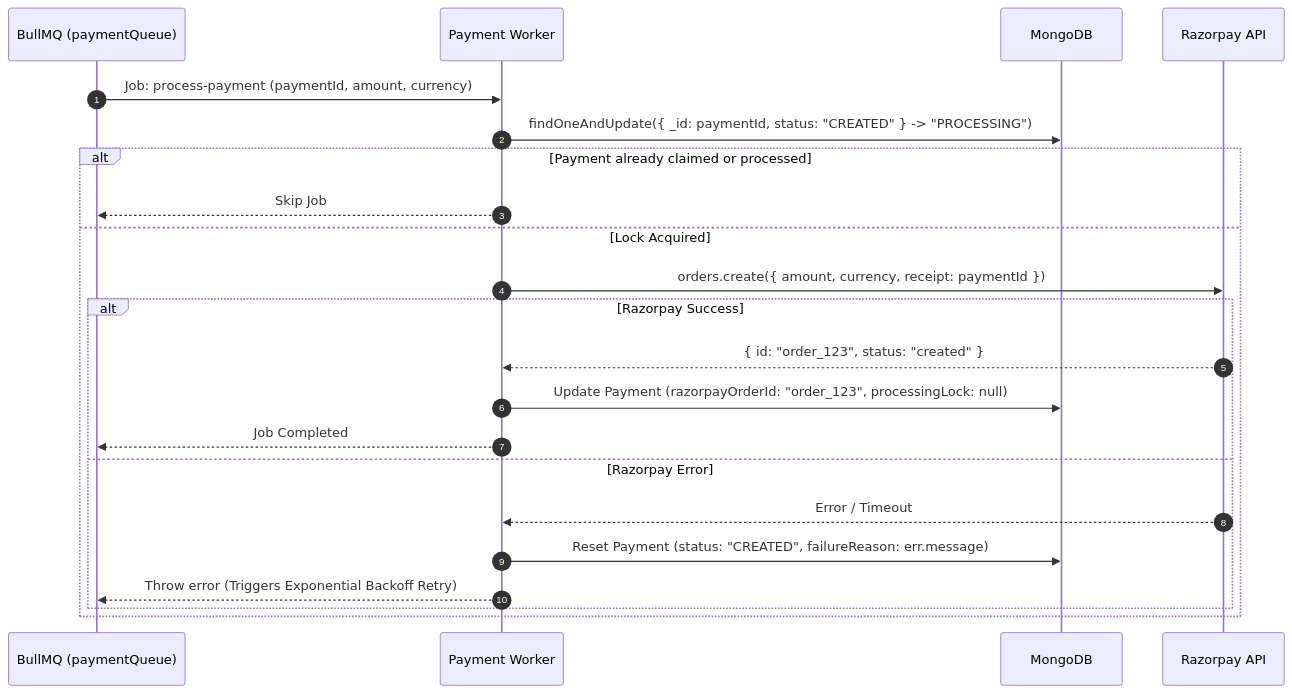
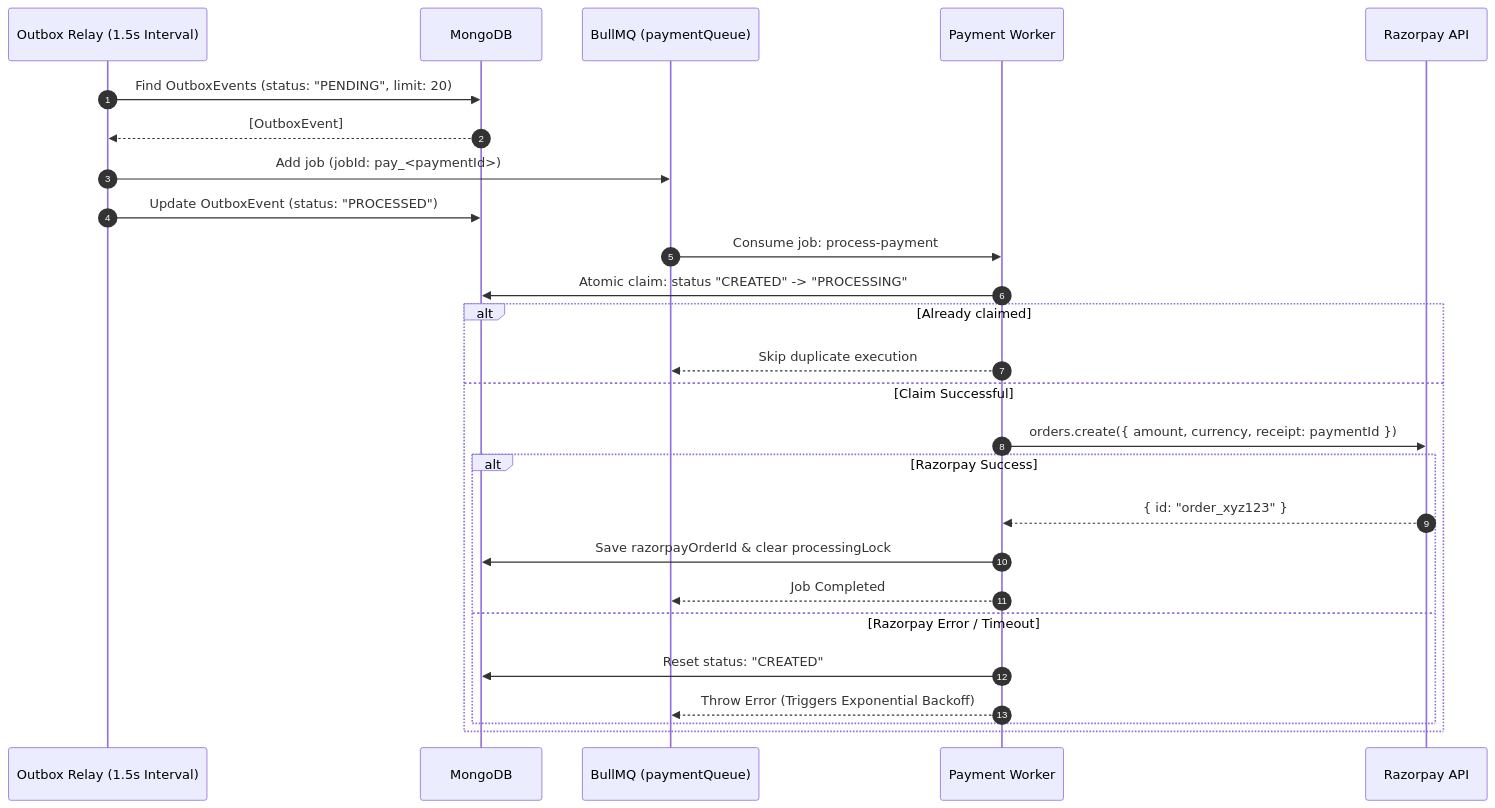
The third of 10 diagrams in ARCHITECTURE.md (buildwithrishabh/Event-Driven-Payment-Gateway), drawn with Mermaid before and after one commit. The commit also changed other lines of this file and 3 other files, not shown here.

Commit message:
docs & devops: recreate architecture and readme docs, add docker setup

````diff
--- a/ARCHITECTURE.md
+++ b/ARCHITECTURE.md
@@ -442,25 +420,30 @@
 ```mermaid
 sequenceDiagram
     autonumber
-    participant Queue as BullMQ (paymentQueue)
+    participant Relay as Outbox Relay (1.5s Interval)
+    participant Mongo as MongoDB
+    participant BullMQ as BullMQ (paymentQueue)
     participant Worker as Payment Worker
-    participant Mongo as MongoDB
     participant Razorpay as Razorpay API
 
-    Queue->>Worker: Job: process-payment (paymentId, amount, currency)
-    Worker->>Mongo: findOneAndUpdate({ _id: paymentId, status: "CREATED" } -> "PROCESSING")
-    alt Payment already claimed or processed
-        Worker-->>Queue: Skip Job
-    else Lock Acquired
+    Relay->>Mongo: Find OutboxEvents (status: "PENDING", limit: 20)
+    Mongo-->>Relay: [OutboxEvent]
+    Relay->>BullMQ: Add job (jobId: pay_<paymentId>)
+    Relay->>Mongo: Update OutboxEvent (status: "PROCESSED")
+
+    BullMQ->>Worker: Consume job: process-payment
+    Worker->>Mongo: Atomic claim: status "CREATED" -> "PROCESSING"
+    alt Already claimed
+        Worker-->>BullMQ: Skip duplicate execution
+    else Claim Successful
         Worker->>Razorpay: orders.create({ amount, currency, receipt: paymentId })
         alt Razorpay Success
-            Razorpay-->>Worker: { id: "order_123", status: "created" }
-            Worker->>Mongo: Update Payment (razorpayOrderId: "order_123", processingLock: null)
-            Worker-->>Queue: Job Completed
-        else Razorpay Error
-            Razorpay-->>Worker: Error / Timeout
-            Worker->>Mongo: Reset Payment (status: "CREATED", failureReason: err.message)
-            Worker-->>Queue: Throw error (Triggers Exponential Backoff Retry)
+            Razorpay-->>Worker: { id: "order_xyz123" }
+            Worker->>Mongo: Save razorpayOrderId & clear processingLock
+            Worker-->>BullMQ: Job Completed
+        else Razorpay Error / Timeout
+            Worker->>Mongo: Reset status: "CREATED"
+            Worker-->>BullMQ: Throw Error (Triggers Exponential Backoff)
         end
     end
 ```
````
